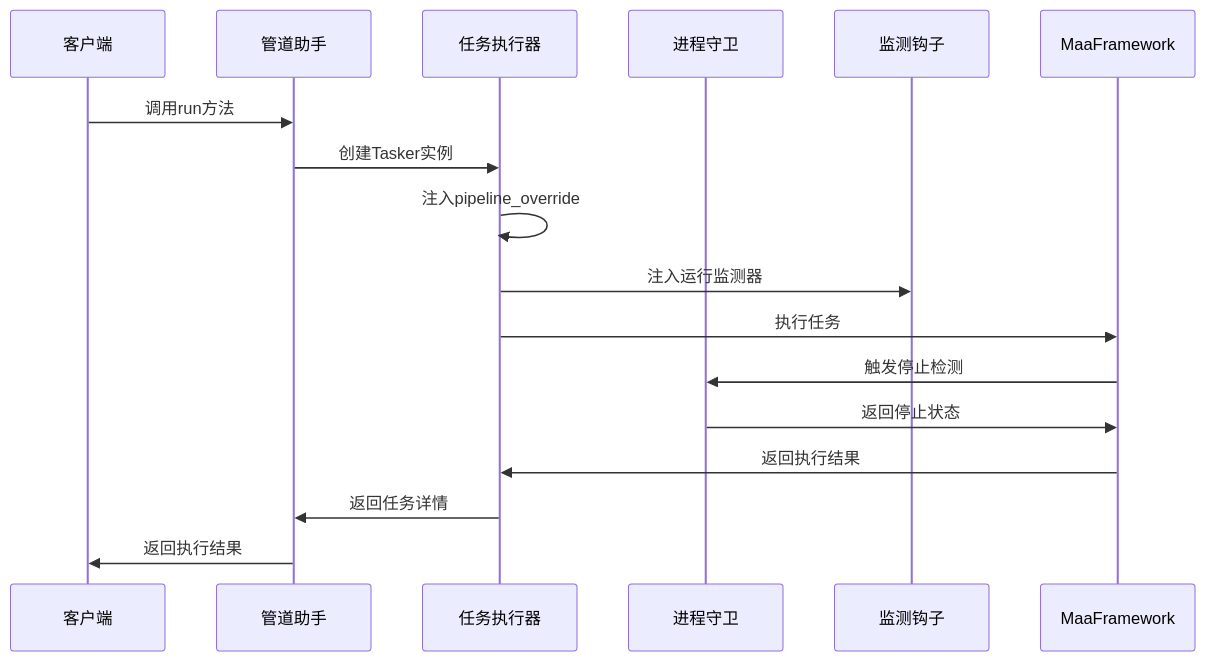
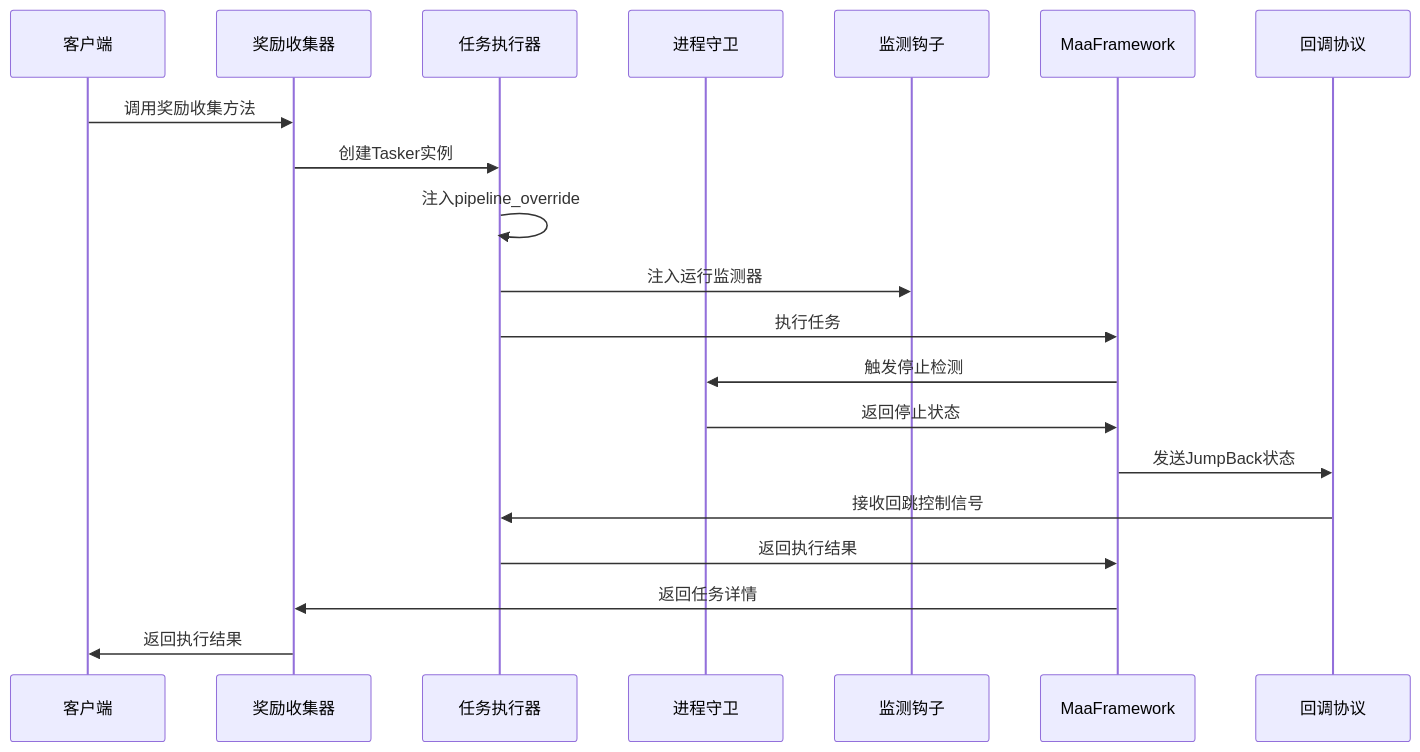
Before and after one commit to kqcoxn/MaaDuDuL: the second of 6 diagrams in .qoder/repowiki/zh/content/系统架构与设计/任务流水线架构/流水线执行引擎机制/终止条件与错误处理.md, drawn with Mermaid. The commit also changed other lines of this file and 9 other files, not shown here.

````diff
--- a/.qoder/repowiki/zh/content/系统架构与设计/任务流水线架构/流水线执行引擎机制/终止条件与错误处理.md
+++ b/.qoder/repowiki/zh/content/系统架构与设计/任务流水线架构/流水线执行引擎机制/终止条件与错误处理.md
@@ -116,19 +160,22 @@
 ```mermaid
 sequenceDiagram
 participant Client as 客户端
-participant PipelineHelper as 管道助手
+participant ReceiveReward as 奖励收集器
 participant Tasker as 任务执行器
 participant ProcessGuard as 进程守卫
 participant Hooks as 监测钩子
 participant Framework as MaaFramework
-Client->>PipelineHelper : 调用run方法
-PipelineHelper->>Tasker : 创建Tasker实例
+participant Callback as 回调协议
+Client->>ReceiveReward : 调用奖励收集方法
+ReceiveReward->>Tasker : 创建Tasker实例
 Tasker->>Tasker : 注入pipeline_override
 Tasker->>Hooks : 注入运行监测器
 Tasker->>Framework : 执行任务
 Framework->>ProcessGuard : 触发停止检测
 ProcessGuard->>Framework : 返回停止状态
-Framework->>Tasker : 返回执行结果
-Tasker->>PipelineHelper : 返回任务详情
-PipelineHelper->>Client : 返回执行结果
+Framework->>Callback : 发送JumpBack状态
+Callback->>Tasker : 接收回跳控制信号
+Tasker->>Framework : 返回执行结果
+Framework->>ReceiveReward : 返回任务详情
+ReceiveReward->>Client : 返回执行结果
 ```
````
